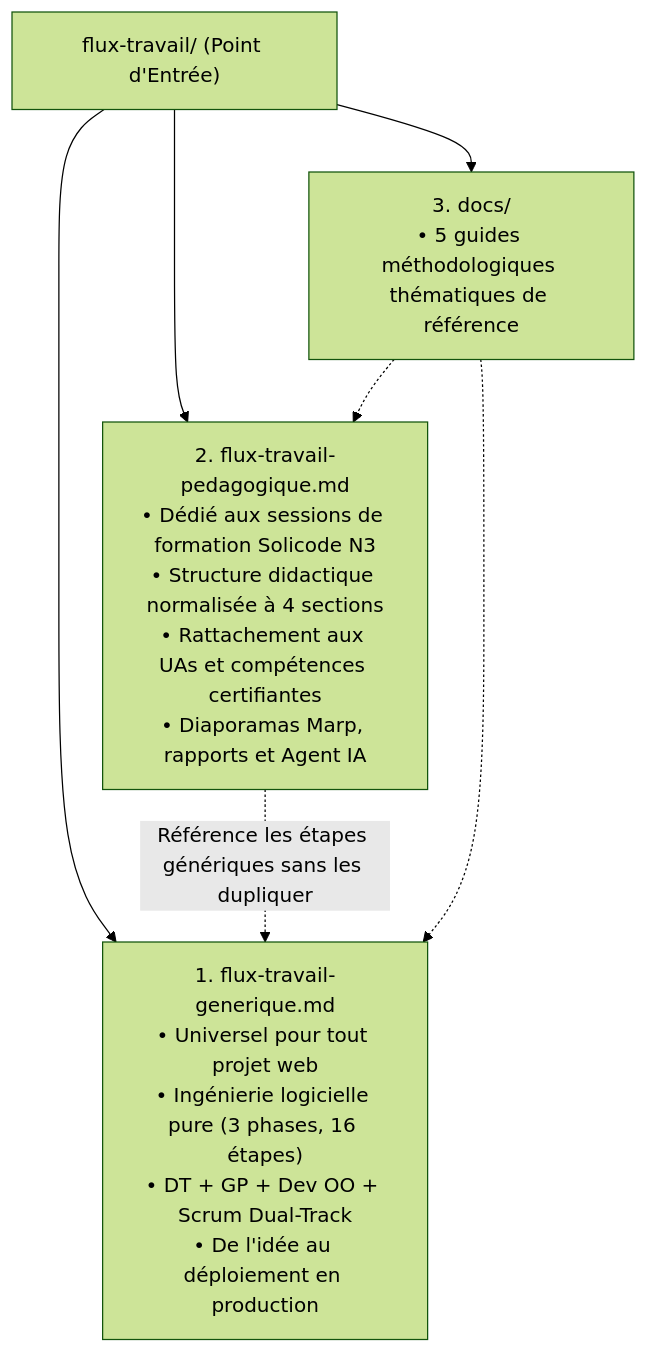
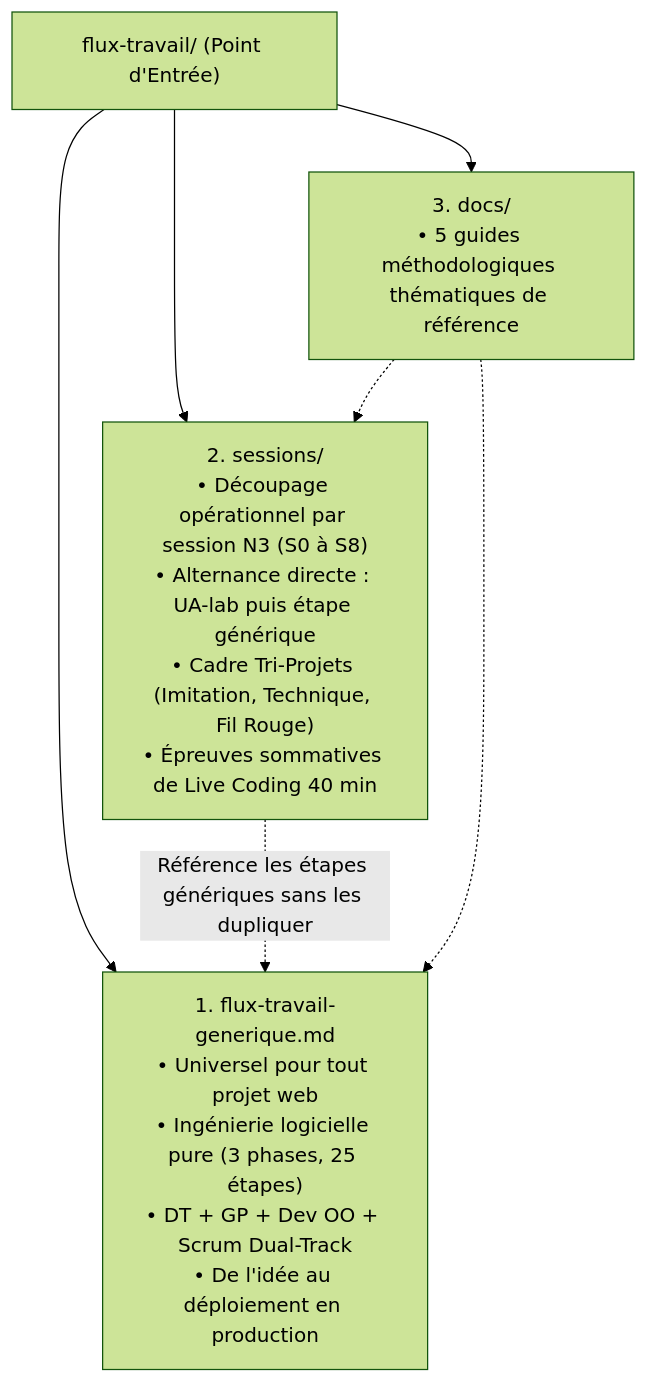
One commit to labs-web/projet-imiation-n3 changed the diagram in flux-travail/flux-travail.md. Above: the diagram before and after it, drawn with Mermaid (forest theme). The commit also changed other lines of this file and 19 other files, not shown here.

````diff
--- a/flux-travail/flux-travail.md
+++ b/flux-travail/flux-travail.md
@@ -13,10 +13,10 @@
 ```mermaid
 flowchart TD
-    Hub["flux-travail/ (Point d'Entrée)"] --> FGen["1. flux-travail-generique.md<br/>• Universel pour tout projet web<br/>• Ingénierie logicielle pure (3 phases, 16 étapes)<br/>• DT + GP + Dev OO + Scrum Dual-Track<br/>• De l'idée au déploiement en production"]
-    Hub --> FPed["2. flux-travail-pedagogique.md<br/>• Dédié aux sessions de formation Solicode N3<br/>• Structure didactique normalisée à 4 sections<br/>• Rattachement aux UAs et compétences certifiantes<br/>• Diaporamas Marp, rapports et Agent IA"]
+    Hub["flux-travail/ (Point d'Entrée)"] --> FGen["1. flux-travail-generique.md<br/>• Universel pour tout projet web<br/>• Ingénierie logicielle pure (3 phases, 25 étapes)<br/>• DT + GP + Dev OO + Scrum Dual-Track<br/>• De l'idée au déploiement en production"]
+    Hub --> FSess["2. sessions/<br/>• Découpage opérationnel par session N3 (S0 à S8)<br/>• Alternance directe : UA-lab puis étape générique<br/>• Cadre Tri-Projets (Imitation, Technique, Fil Rouge)<br/>• Épreuves sommatives de Live Coding 40 min"]
     Hub --> FDoc["3. docs/<br/>• 5 guides méthodologiques thématiques de référence"]
 
-    FPed -.->|"Référence les étapes génériques sans les dupliquer"| FGen
+    FSess -.->|"Référence les étapes génériques sans les dupliquer"| FGen
     FDoc -.-> FGen
-    FDoc -.-> FPed
+    FDoc -.-> FSess
 ```
````
